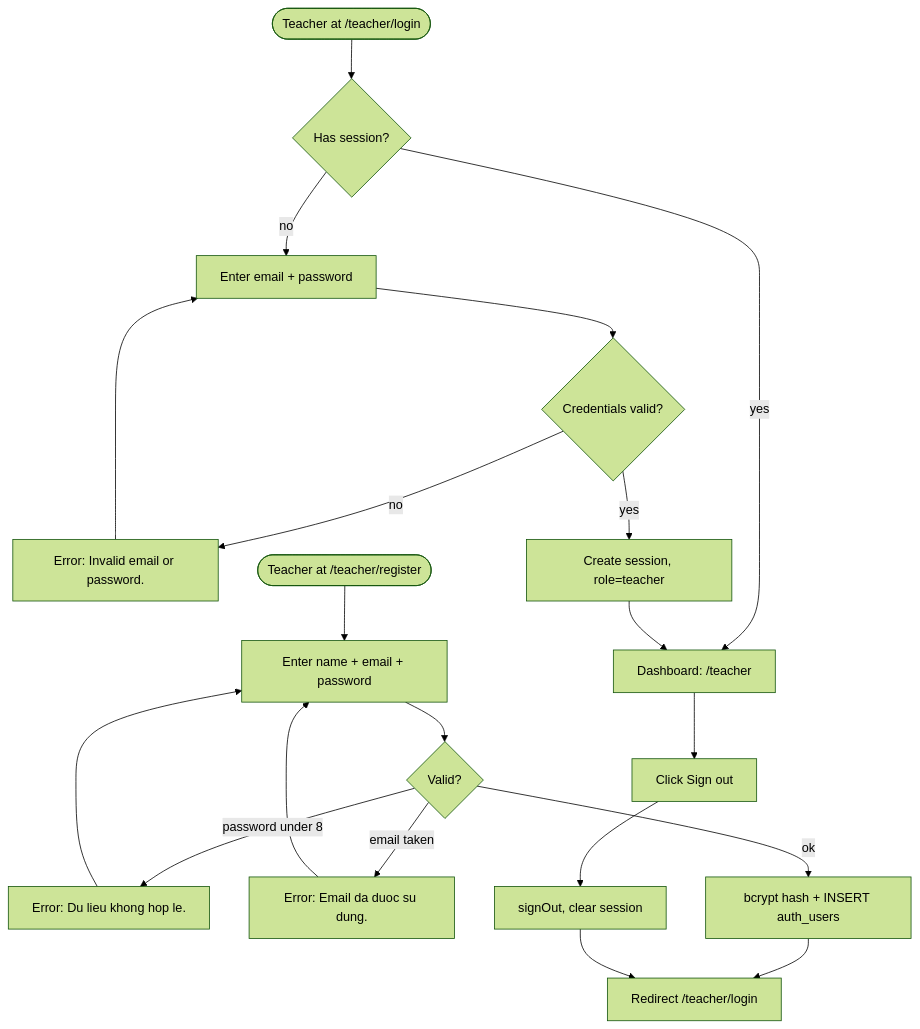
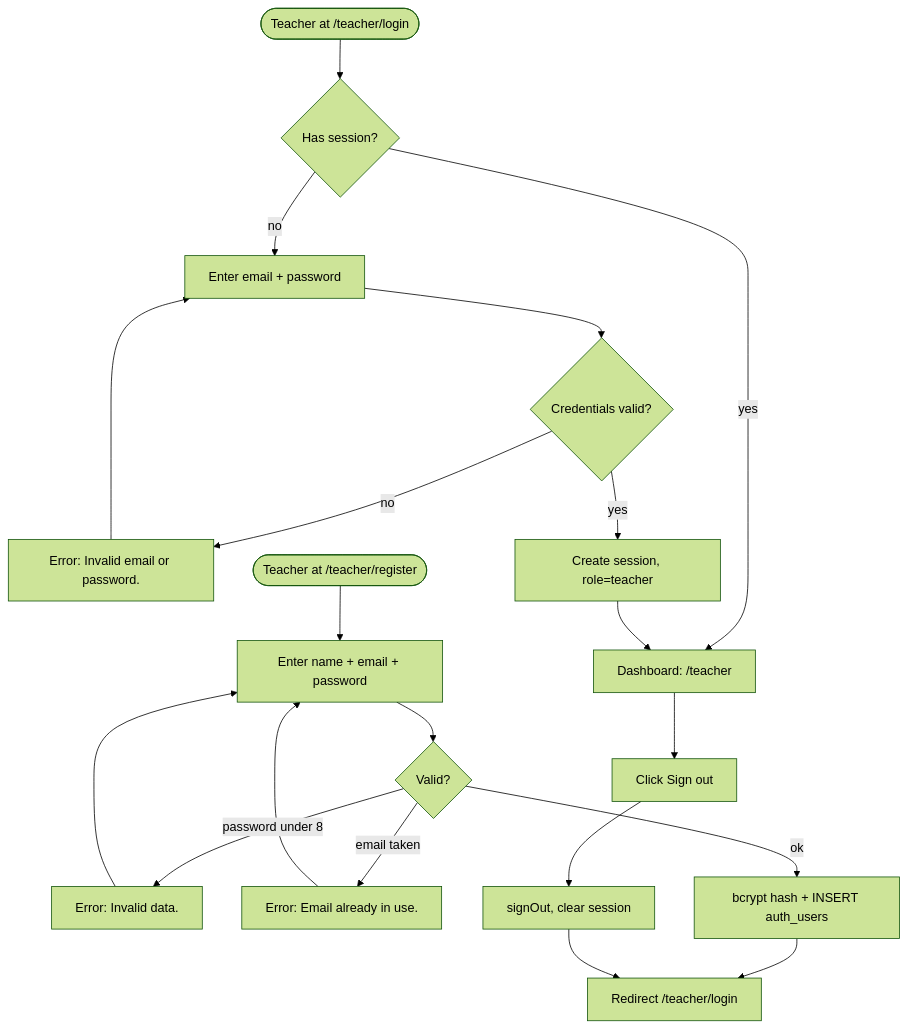
One commit to linhhd1kt/fce-quizz changed the third of 9 diagrams in docs/specs.md. Above: the diagram before and after it, drawn with Mermaid (forest theme). The commit also changed other lines of this file, not shown here.

````diff
--- a/docs/specs.md
+++ b/docs/specs.md
@@ -231,24 +231,24 @@
 ```mermaid
 flowchart TD
     A([Teacher at /teacher/login]) --> B{Has session?}
     B -- yes --> C["Dashboard: /teacher"]
     B -- no --> D["Enter email + password"]
     D --> E{Credentials valid?}
     E -- no --> F["Error: Invalid email or password."]
     F --> D
     E -- yes --> G["Create session, role=teacher"]
     G --> C
 
     H([Teacher at /teacher/register]) --> I["Enter name + email + password"]
     I --> J{Valid?}
-    J -- "password under 8" --> K["Error: Du lieu khong hop le."]
-    J -- "email taken" --> L["Error: Email da duoc su dung."]
+    J -- "password under 8" --> K["Error: Invalid data."]
+    J -- "email taken" --> L["Error: Email already in use."]
     K --> I
     L --> I
     J -- ok --> M["bcrypt hash + INSERT auth_users"]
     M --> N["Redirect /teacher/login"]
 
     C --> O["Click Sign out"]
     O --> P["signOut, clear session"]
     P --> N
 ```
````
